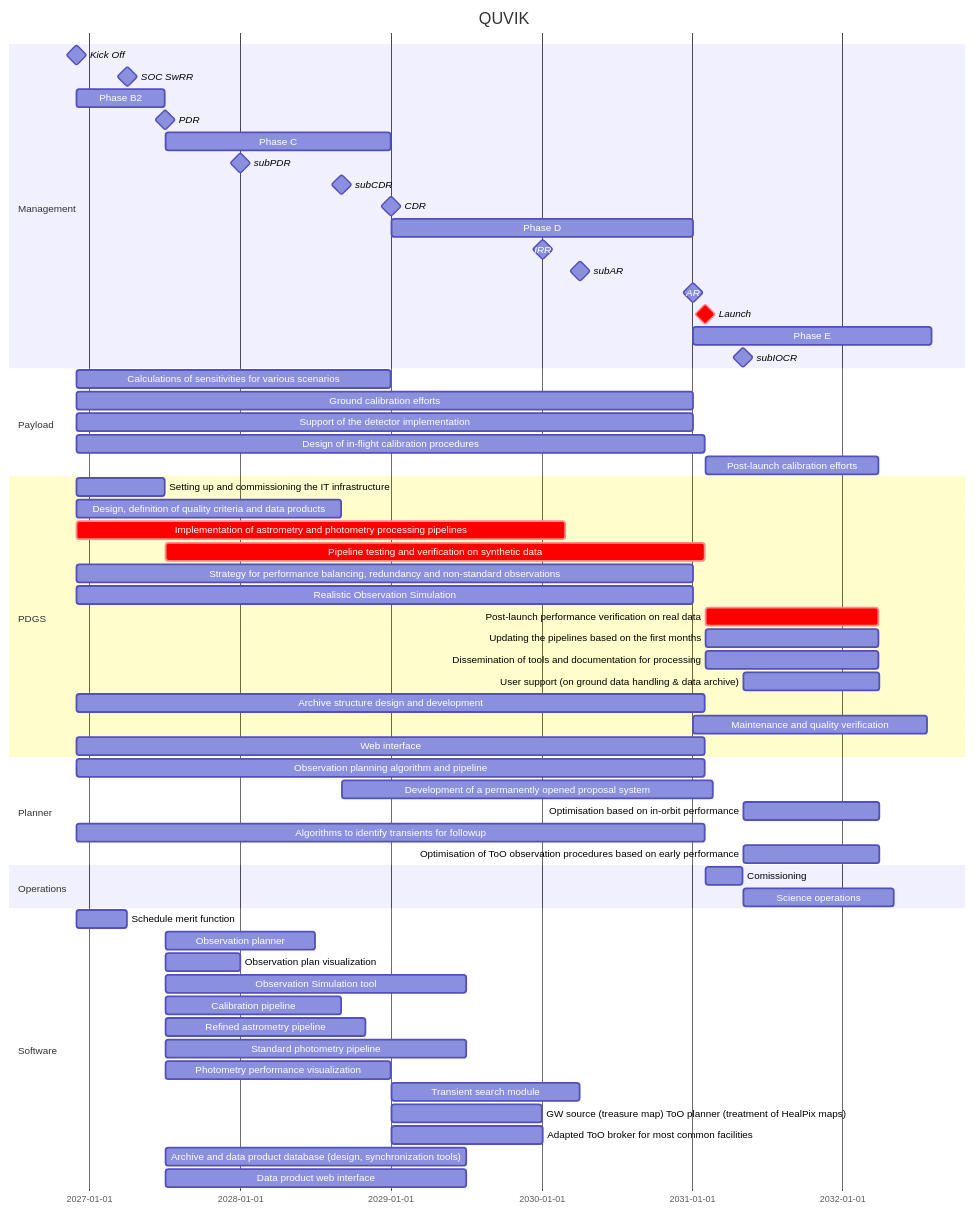
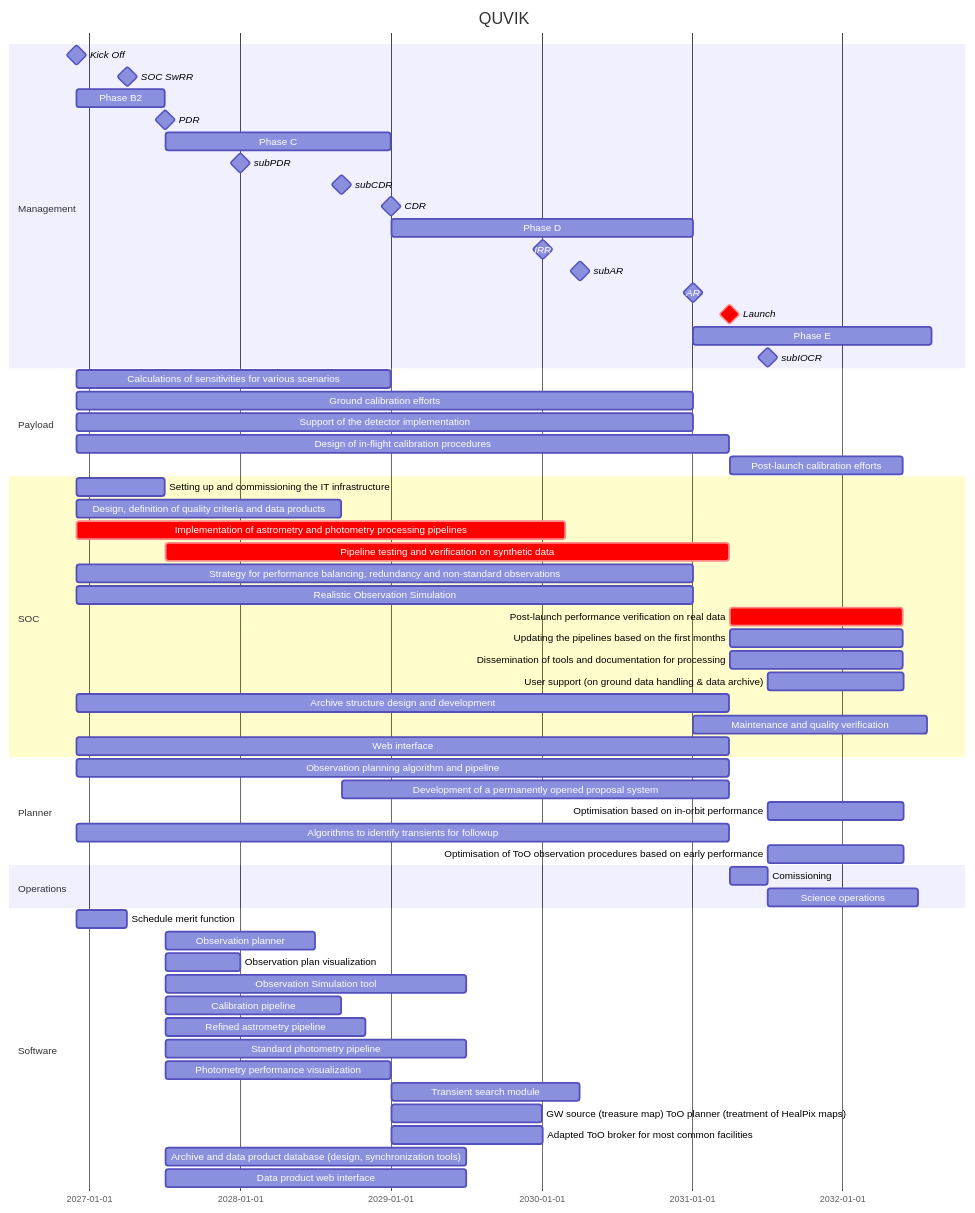
Before and after one commit to limu007/quvik: the first of 2 diagrams in calib/SOC.md, drawn with Mermaid.

Commit message:
Update section names and timelines in SOC.md

````diff
--- a/calib/SOC.md
+++ b/calib/SOC.md
@@ -1,70 +1,70 @@
 ```mermaid
 gantt
     title QUVIK
     dateFormat  YYYY-MM-DD
     section Management
     Kick Off : milestone, m1, 2026-12-01, 1d
     SOC SwRR : milestone, swr, after SD-1, 1d
     Phase B2 : b2, after m1, 213d
     PDR : milestone, pdr, after b2, 1d
     Phase C : c1, after pdr, 547d
     subPDR :  milestone, sp1, after SD-3, 1d
     subCDR :  milestone, sc1, after SD-5, 1d
     CDR : milestone, cdr, after c1, 1d
     Phase D : d1, after cdr, 730d
     IRR : milestone, irr, after SD-11, 1d
     subAR: milestone, sar, after SD-9, 1d
     AR : milestone, ar, after d1, 1d
     Launch : crit, milestone, frr, after fol, 1d
     Phase E : e1, after ar, 578d
     subIOCR : milestone, iocr, after e2, 1d
 
     section Payload
     Calculations of sensitivities for various scenarios :  after m1 , until cdr
     Ground calibration efforts :  after m1 , until ar
     Support of the detector implementation :  after m1 , until ar 
     Design of in-flight calibration procedures :  dcal, after m1 , until frr
     Post-launch calibration efforts : after frr , 420d
 
-    section PDGS
+    section SOC
     Setting up and commissioning the IT infrastructure : after m1, until pdr
     Design, definition of quality criteria and data products : 	des, after m1	, until sc1
     Implementation of astrometry and photometry processing pipelines :crit, imp, after m1 , 169w
     Pipeline testing and verification on synthetic data :crit,  pp, after pdr, until frr
     Strategy for performance balancing, redundancy and non-standard observations :  after m1 , until ar
     Realistic Observation Simulation :  after m1 , until ar
     Post-launch performance verification on real data :crit,   after frr , 420d
     Updating the pipelines based on the first months :  after frr , 420d
     Dissemination of tools and documentation for processing :  after frr , 420d
     User support (on ground data handling & data archive) :  after iocr , 330d
     Archive structure design and development :  after m1 , until frr
     Maintenance and quality verification :  after ar , 81w
     Web interface :  after m1 , until frr
 
     section Planner
     Observation planning algorithm and pipeline :  after m1 , until frr
-    Development of a permanently opened proposal system : after sc1 , 900d
+    Development of a permanently opened proposal system : after sc1 , until frr
     Optimisation based on in-orbit performance :  after iocr , 330d
-    Algorithms to identify transients for followup : fol, after m1 , 1522d
+    Algorithms to identify transients for followup : fol, after m1 , 1581d
     Optimisation of ToO observation procedures based on early performance :  after iocr , 330d
 
     section Operations
         Comissioning : e2, after frr, 13w
         Science operations : e3, after iocr, 52w
 
     section Software
         Schedule merit function: SD-1, after m1, 122d
         Observation planner: SD-2, after pdr, 364d
         Observation plan visualization: SD-3, after pdr, 182d
         Observation Simulation tool: SD-4, after pdr, 729d
         Calibration pipeline: SD-5, after pdr, 427d
         Refined astrometry pipeline: SD-6, after pdr, 486d
         Standard photometry pipeline: SD-7, after pdr, 729d
         Photometry performance visualization: SD-8, after pdr, 547d
         Transient search module: SD-9, after cdr, 457d
         GW source (treasure map) ToO planner (treatment of HealPix maps): SD-10, after cdr, 364d
         Adapted ToO broker for most common facilities: SD-11, after cdr, 366d
         Archive and data product database (design, synchronization tools): SD-12, after pdr, 729d
         Data product web interface: SD-13, after pdr, 729d
 
 ```
````
